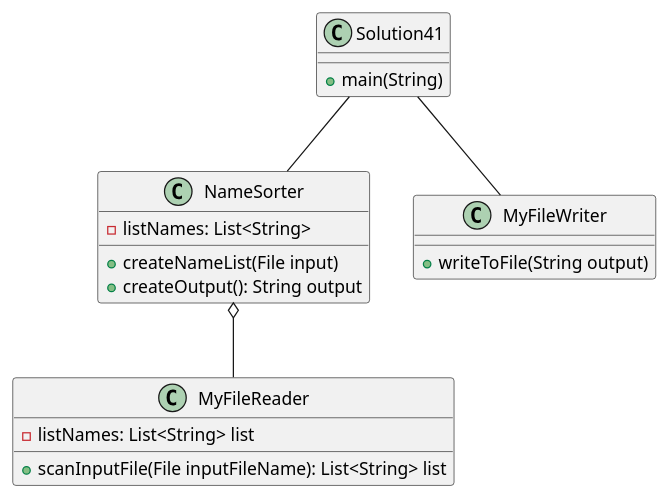
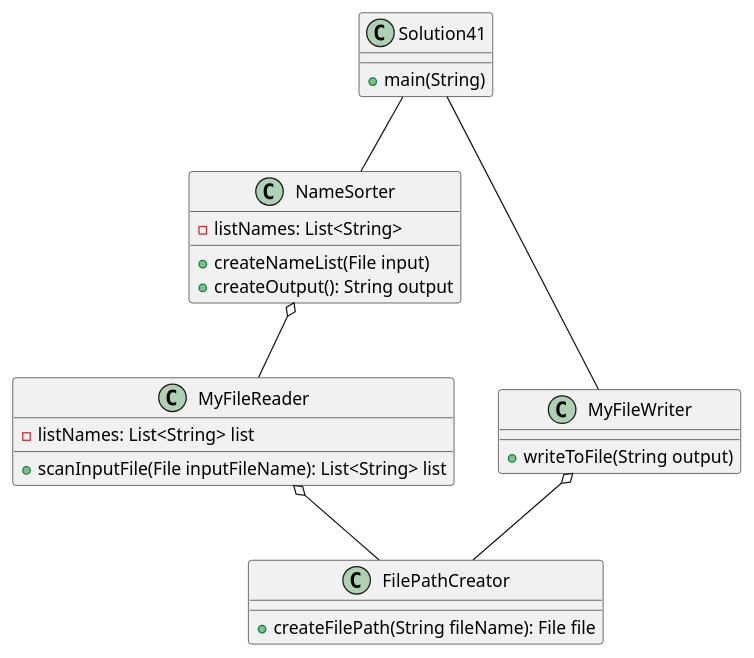
The diagram in exercise41/docs/Solution41UML.puml (MarcPalacio/palacio-a04), drawn with PlantUML before and after one commit. The commit also changed 7 other files, not shown here.

Commit message:
updated code to use new class FilePathCreator and updated UML

```diff
--- a/exercise41/docs/Solution41UML.puml
+++ b/exercise41/docs/Solution41UML.puml
@@ -1,39 +1,45 @@
 @startuml
 
 class Solution41{
     'Methods
     +main(String)
 }
 
 class NameSorter{
     'Attributes
     -listNames: List<String>
 
     'Methods
     'Creates sorted name list
     +createNameList(File input)
     'Adds elements to output string
     +createOutput(): String output
 }
 
 class MyFileReader{
     'Attributes (List to return to NameSorter)
     -listNames: List<String> list
 
     'Methods
     'Adds elements to listNames from input file
     +scanInputFile(File inputFileName): List<String> list
 }
 
 class MyFileWriter{
     'Methods
     'Writes string to output file
     +writeToFile(String output)
 }
 
-
+class FilePathCreator{
+    'Methods
+    'Creates a path to a file, then returns that file
+    +createFilePath(String fileName): File file
+}
 
 Solution41--NameSorter
 Solution41--MyFileWriter
+MyFileReader o-- FilePathCreator
+MyFileWriter o-- FilePathCreator
 NameSorter o-- MyFileReader
 @enduml
```
